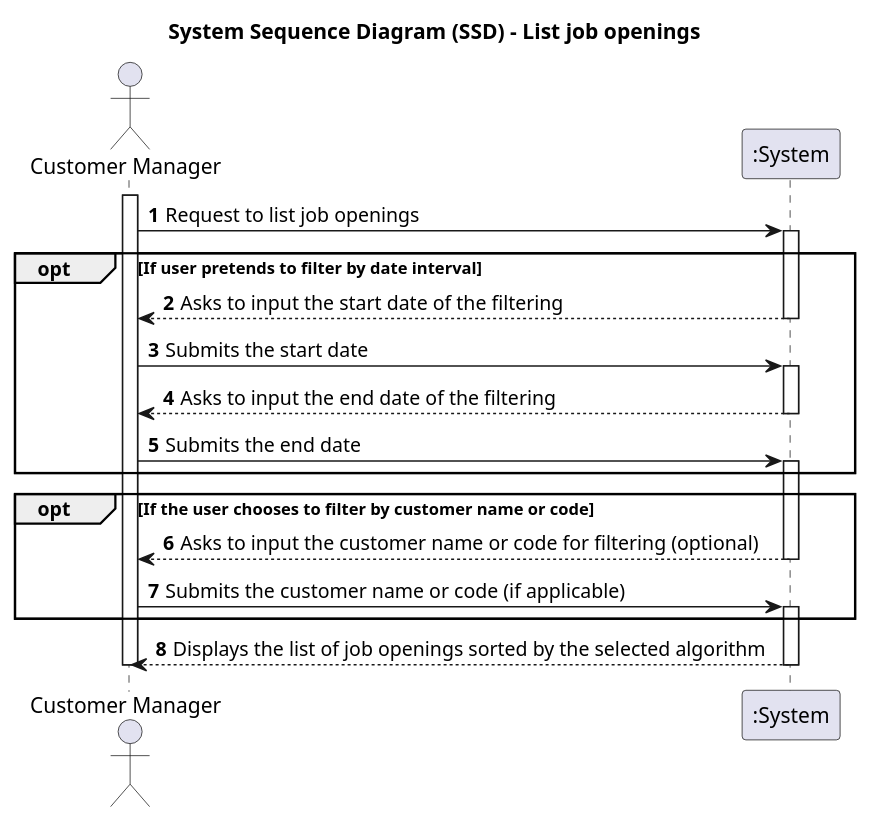
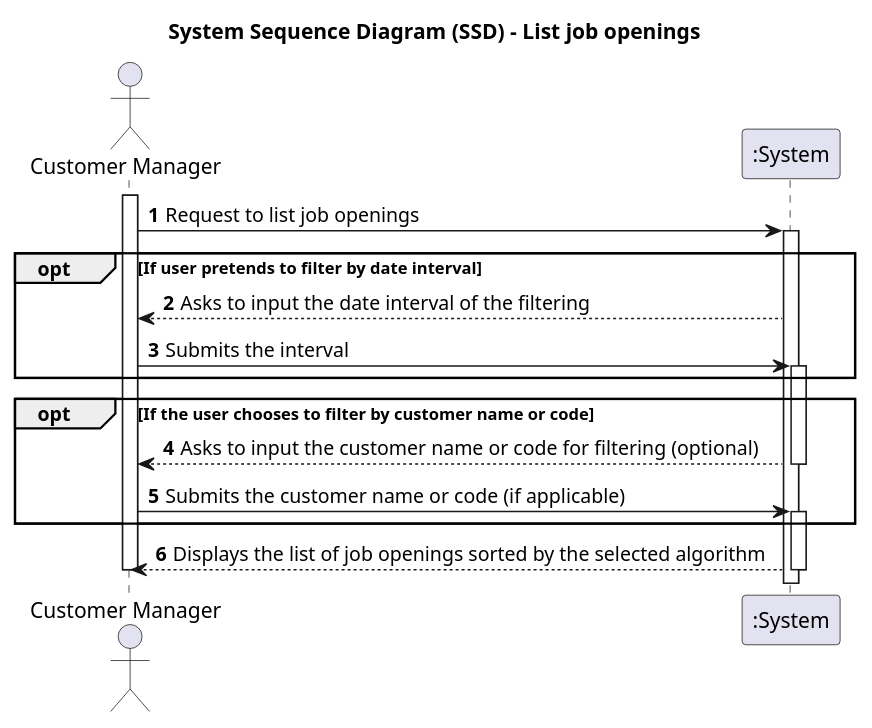
The diagram in docs/sprintB/1003/1003-system-sequence-diagram.puml (marcoferreira37/Lapr4), drawn with PlantUML before and after one commit. The commit also changed 4 other files, not shown here.

```diff
--- a/docs/sprintB/1003/1003-system-sequence-diagram.puml
+++ b/docs/sprintB/1003/1003-system-sequence-diagram.puml
@@ -1,48 +1,41 @@
 @startuml
 'skinparam monochrome true
 'skinparam packageStyle rectangle
 'skinparam shadowing false
 
 title System Sequence Diagram (SSD) - List job openings
 
 autonumber
 
 actor "Customer Manager" as Agent
 participant ":System" as System
 
 activate Agent
 
 Agent -> System : Request to list job openings
 
 opt If user pretends to filter by date interval
 activate System
 
-    System --> Agent : Asks to input the start date of the filtering
-deactivate System
+    System --> Agent : Asks to input the date interval of the filtering
 
-Agent -> System : Submits the start date
-activate System
-
-System --> Agent: Asks to input the end date of the filtering
-deactivate System
-
-Agent -> System : Submits the end date
+Agent -> System : Submits the interval
 
 activate System
 end
 opt If the user chooses to filter by customer name or code
 System --> Agent : Asks to input the customer name or code for filtering (optional)
 deactivate System
 
 Agent -> System : Submits the customer name or code (if applicable)
 
 activate System
 end
 
  System --> Agent : Displays the list of job openings sorted by the selected algorithm
 
 deactivate System
 
 deactivate Agent
 
 @enduml
```
